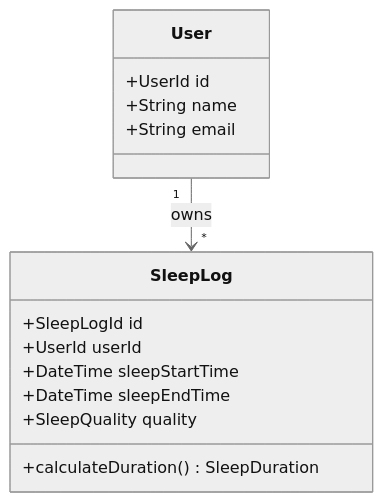
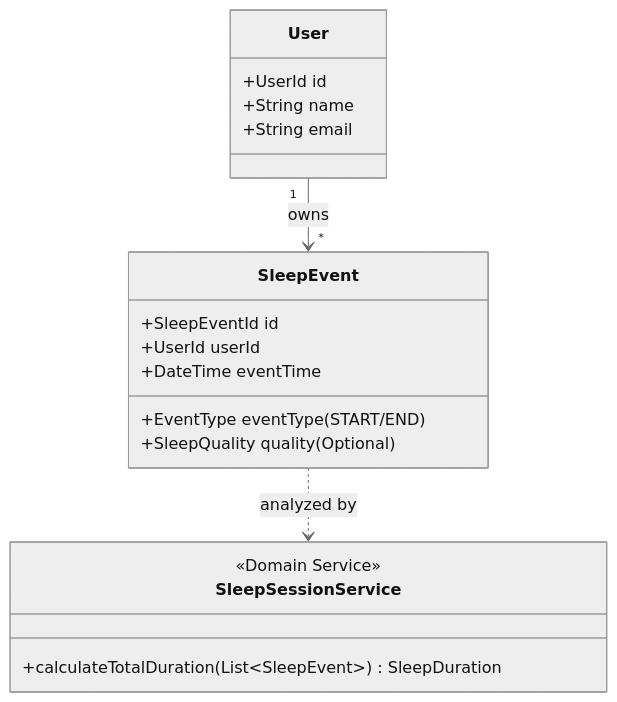
One commit to yoshiInGit/sleep-log changed the diagram in Domain-design.md. Above: the diagram before and after it, drawn with Mermaid (neutral theme). The commit also changed other lines of this file and 6 other files, not shown here.

Commit message:
change sleepLog Model to SleepEvent

````diff
--- a/Domain-design.md
+++ b/Domain-design.md
@@ -41,17 +37,21 @@
 ```mermaid
 classDiagram
     class User {
         +UserId id
         +String name
         +String email
     }
-    class SleepLog {
-        +SleepLogId id
+    class SleepEvent {
+        +SleepEventId id
         +UserId userId
-        +DateTime sleepStartTime
-        +DateTime sleepEndTime
-        +SleepQuality quality
-        +calculateDuration() SleepDuration
+        +DateTime eventTime
+        +EventType eventType (START/END)
+        +SleepQuality quality (Optional)
     }
-    User "1" --> "*" SleepLog : owns
+    class SleepSessionService {
+        <<Domain Service>>
+        +calculateTotalDuration(List~SleepEvent~) SleepDuration
+    }
+    User "1" --> "*" SleepEvent : owns
+    SleepEvent ..> SleepSessionService : analyzed by
 ```
````
